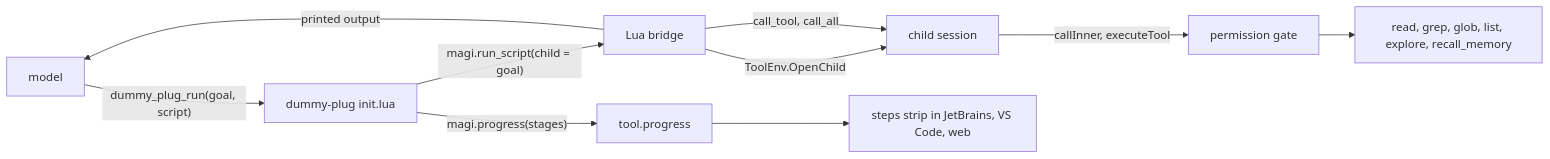
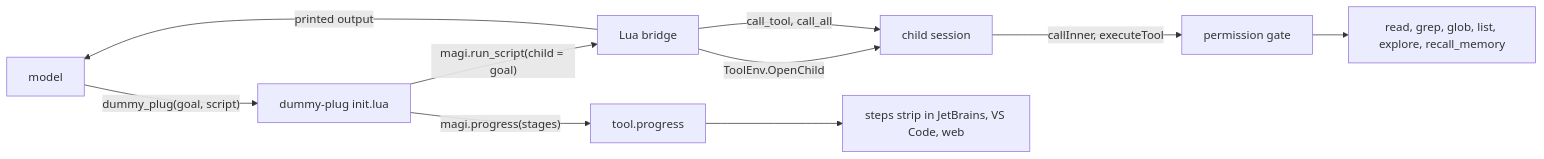
The first of 2 diagrams in docs/DUMMY_PLUG.md (sayaya1090/magi), drawn with Mermaid before and after one commit. The commit also changed other lines of this file and 13 other files, not shown here.

First line of the commit message:
Dummy plug: call the tool dummy_plug, not dummy_plug_run

````diff
--- a/docs/DUMMY_PLUG.md
+++ b/docs/DUMMY_PLUG.md
@@ -43,12 +43,12 @@
 ```mermaid
 flowchart LR
-  M["model"] -->|"dummy_plug_run(goal, script)"| T["dummy-plug init.lua"]
+  M["model"] -->|"dummy_plug(goal, script)"| T["dummy-plug init.lua"]
   T -->|"magi.run_script(child = goal)"| B["Lua bridge"]
   B -->|"ToolEnv.OpenChild"| C["child session"]
   B -->|"call_tool, call_all"| C
   C -->|"callInner, executeTool"| G["permission gate"]
   G --> R["read, grep, glob, list, explore, recall_memory"]
   T -->|"magi.progress(stages)"| P["tool.progress"]
   P --> U["steps strip in JetBrains, VS Code, web"]
   B -->|"printed output"| M
 ```
````
